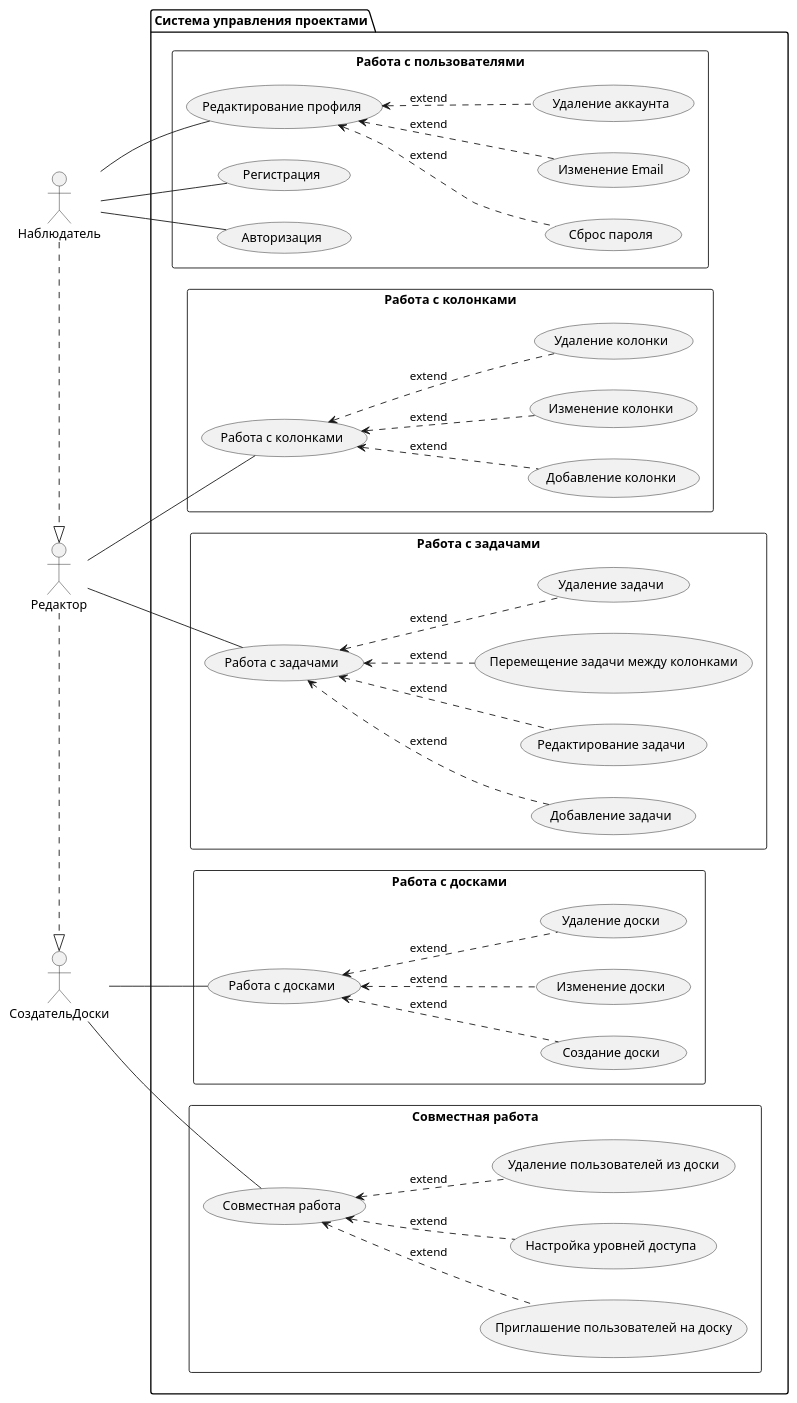
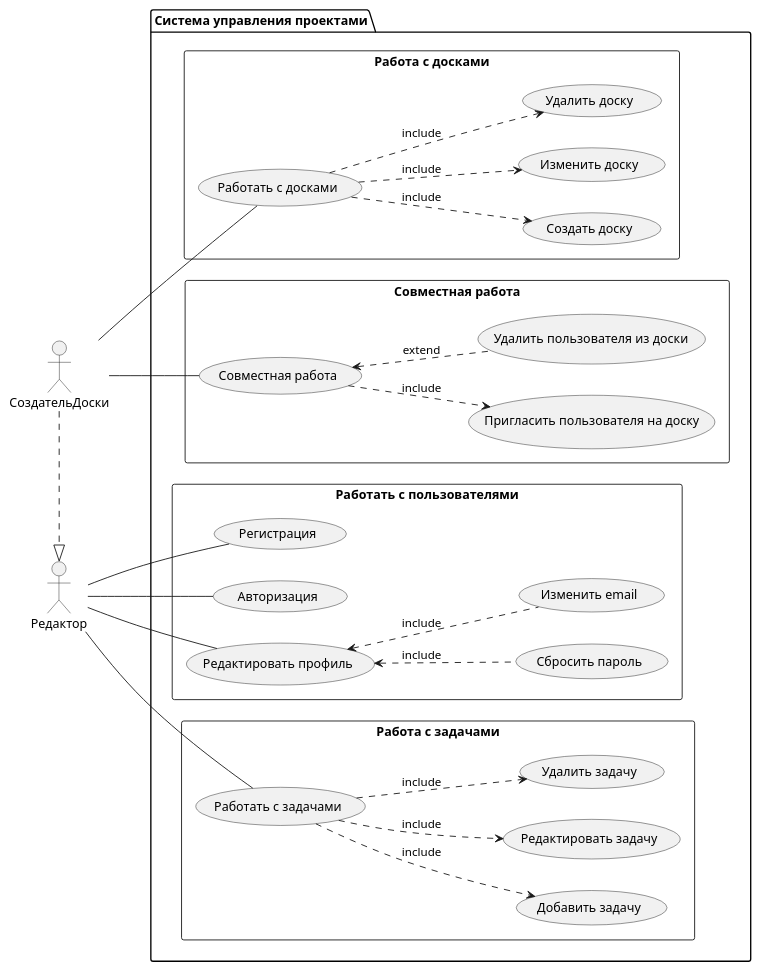
One commit to kemmed/KanbanApp changed the diagram in doc/diagrams/UseCase.puml. Above: the diagram before and after it, drawn with PlantUML. The commit also changed 36 other files, not shown here.

```diff
--- a/doc/diagrams/UseCase.puml
+++ b/doc/diagrams/UseCase.puml
@@ -1,82 +1,59 @@
 @startuml usecaseDiagram
 left to right direction
 
 actor Редактор as Editor
 actor СоздательДоски as Creator
-actor Наблюдатель as Watcher
 package "Система управления проектами" {
-    rectangle "Работа с пользователями" {
+    rectangle "Работать с пользователями" {
         usecase "Регистрация" as RegUC
         usecase "Авторизация" as AuthUC
 
-        usecase "Редактирование профиля" as UserUC
-            usecase "Сброс пароля" as PassUC
-            usecase "Изменение Email" as EmailUC
-            usecase "Удаление аккаунта" as ProfileDeleteUC
+        usecase "Редактировать профиль" as UserUC
+            usecase "Сбросить пароль" as PassUC
+            usecase "Изменить еmail" as EmailUC
     }
 
     rectangle "Работа с досками" {
-        usecase "Работа с досками" as BoardUC
-            usecase "Создание доски" as BoardCreateUC
-            usecase "Изменение доски" as BoardEditUC
-            usecase "Удаление доски" as BoardDeleteUC
-    }
-
-    rectangle "Работа с колонками" {
-        usecase "Работа с колонками" as ColumnUC
-            usecase "Добавление колонки" as ColumnCreateUC
-            usecase "Изменение колонки" as ColumnEditUC
-            usecase "Удаление колонки" as ColumnDeleteUC
+        usecase "Работать с досками" as BoardUC
+            usecase "Создать доску" as BoardCreateUC
+            usecase "Изменить доску" as BoardEditUC
+            usecase "Удалить доску" as BoardDeleteUC
     }
 
     rectangle "Работа с задачами" {
-        usecase "Работа с задачами" as TaskUC
-            usecase "Добавление задачи" as TaskCreateUC
-            usecase "Редактирование задачи" as TaskEditUC
-            usecase "Перемещение задачи между колонками" as TaskMoveUC
-            usecase "Удаление задачи" as TaskDeletetUC
+        usecase "Работать с задачами" as TaskUC
+            usecase "Добавить задачу" as TaskCreateUC
+            usecase "Редактировать задачу" as TaskEditUC
+            usecase "Удалить задачу" as TaskDeletetUC
     }
 
     rectangle "Совместная работа" {
         usecase "Совместная работа" as СollaborationUC
-            usecase "Приглашение пользователей на доску" as InviteUC
-            usecase "Настройка уровней доступа" as AccessUC
-            usecase "Удаление пользователей из доски" as RemoveUC
+            usecase "Пригласить пользователя на доску" as InviteUC
+            usecase "Удалить пользователя из доски" as RemoveUC
     }
 
 
-Editor .|> Creator
-Watcher .|> Editor
+Creator .|> Editor
 
-Watcher -- RegUC
-Watcher -- AuthUC
-Watcher -- UserUC
-    UserUC <.. PassUC: "extend"
-    UserUC <.. EmailUC: "extend"
-    UserUC <.. ProfileDeleteUC: "extend"
-
-Editor -- ColumnUC
-    ColumnUC <.. ColumnCreateUC: "extend"
-    ColumnUC <.. ColumnEditUC: "extend"
-    ColumnUC <.. ColumnDeleteUC: "extend"
+Editor -- RegUC
+Editor -- AuthUC
+Editor -- UserUC
+    UserUC <.. PassUC: "include"
+    UserUC <.. EmailUC: "include"
 
 Editor -- TaskUC
-    TaskUC <.. TaskCreateUC: "extend"
-    TaskUC <.. TaskEditUC: "extend"
-    TaskUC <.. TaskMoveUC: "extend"
-    TaskUC <.. TaskDeletetUC: "extend"
+    TaskUC ..> TaskCreateUC: "include"
+    TaskUC ..> TaskEditUC: "include"
+    TaskUC ..> TaskDeletetUC: "include"
 
 Creator -- СollaborationUC
-    СollaborationUC <.. InviteUC: "extend"
-    СollaborationUC <.. AccessUC: "extend"
+    СollaborationUC ..> InviteUC: "include"
     СollaborationUC <.. RemoveUC: "extend"
 
 Creator -- BoardUC
-    BoardUC <.. BoardCreateUC: "extend"
-    BoardUC <.. BoardEditUC: "extend"
-    BoardUC <.. BoardDeleteUC: "extend"
-
-
-
+    BoardUC ..> BoardCreateUC: "include"
+    BoardUC ..> BoardEditUC: "include"
+    BoardUC ..> BoardDeleteUC: "include"
 }
 @enduml
```
